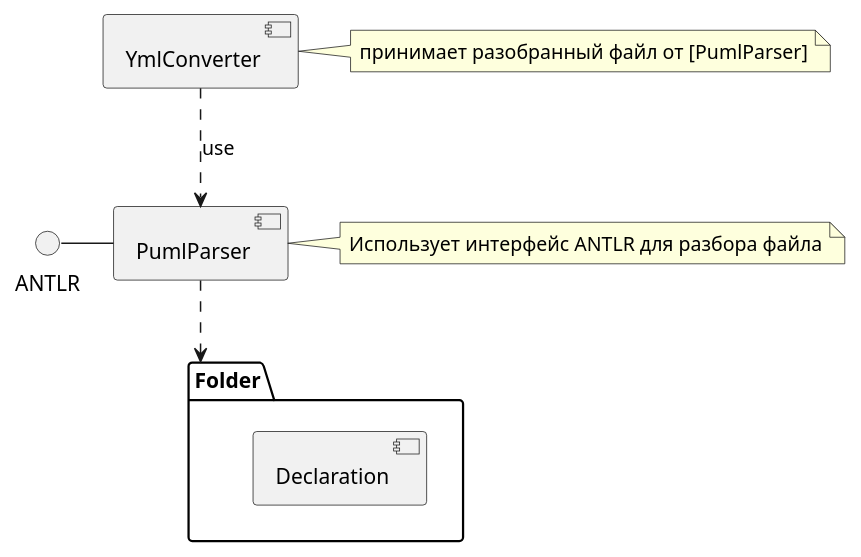
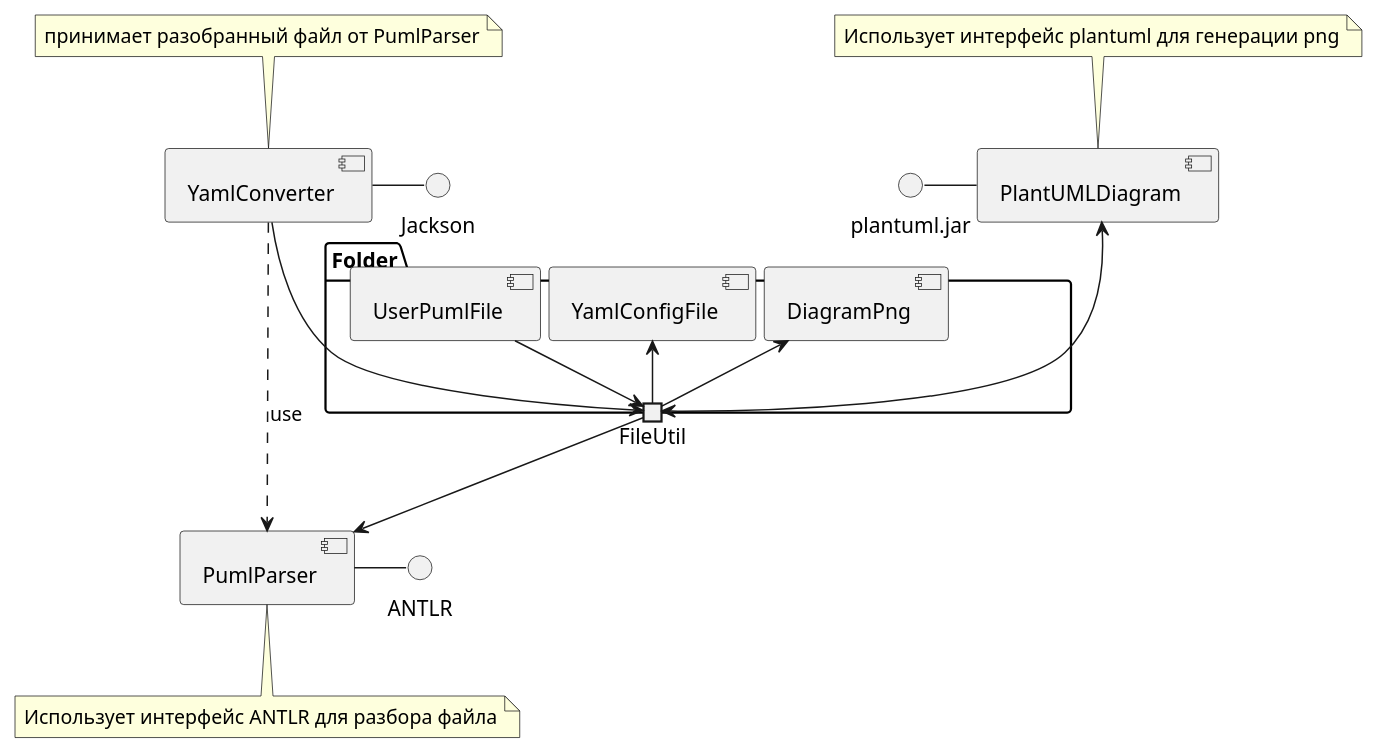
Before and after one commit to ovchnnkva/beanGeneration: the diagram in src/main/resources/diagram/JavaBeanGeneratorComponent.puml, drawn with PlantUML. The commit also changed 38 other files, not shown here.

```diff
--- a/src/main/resources/diagram/JavaBeanGeneratorComponent.puml
+++ b/src/main/resources/diagram/JavaBeanGeneratorComponent.puml
@@ -1,20 +1,36 @@
 @startuml
 'https://plantuml.com/component-diagram
 
-ANTLR - [PumlParser]
-[YmlConverter] ..> [PumlParser] : use
-[PumlParser] ..> [Folder]
+database "Folder" {
+    folder "Folder" {
+        [DiagramPng]
+        [YamlConfigFile]
+        [UserPumlFile]
+   }
+   portout FileUtil
+}
 
-note right of [YmlConverter]
-    принимает разобранный файл от [PumlParser]
+[PumlParser]-r-ANTLR
+[YamlConverter]-r-Jackson
+[YamlConverter] ..> [PumlParser] : use
+FileUtil --> [PumlParser]
+[PlantUMLDiagram]-l- plantuml.jar
+PlantUMLDiagram <--> FileUtil
+FileUtil --> [DiagramPng]
+[UserPumlFile] --> FileUtil
+[YamlConverter] --> FileUtil
+FileUtil --> [YamlConfigFile]
+
+note top of [YamlConverter]
+    принимает разобранный файл от PumlParser
 end note
 
-note right of [PumlParser]
+note bottom of [PumlParser]
     Использует интерфейс ANTLR для разбора файла
 end note
-database "Folder" {
-    folder "Folder" {
-        [Declaration]
-    }
-}
+
+note top of [PlantUMLDiagram]
+    Использует интерфейс plantuml для генерации png
+end note
+
 @enduml
```
